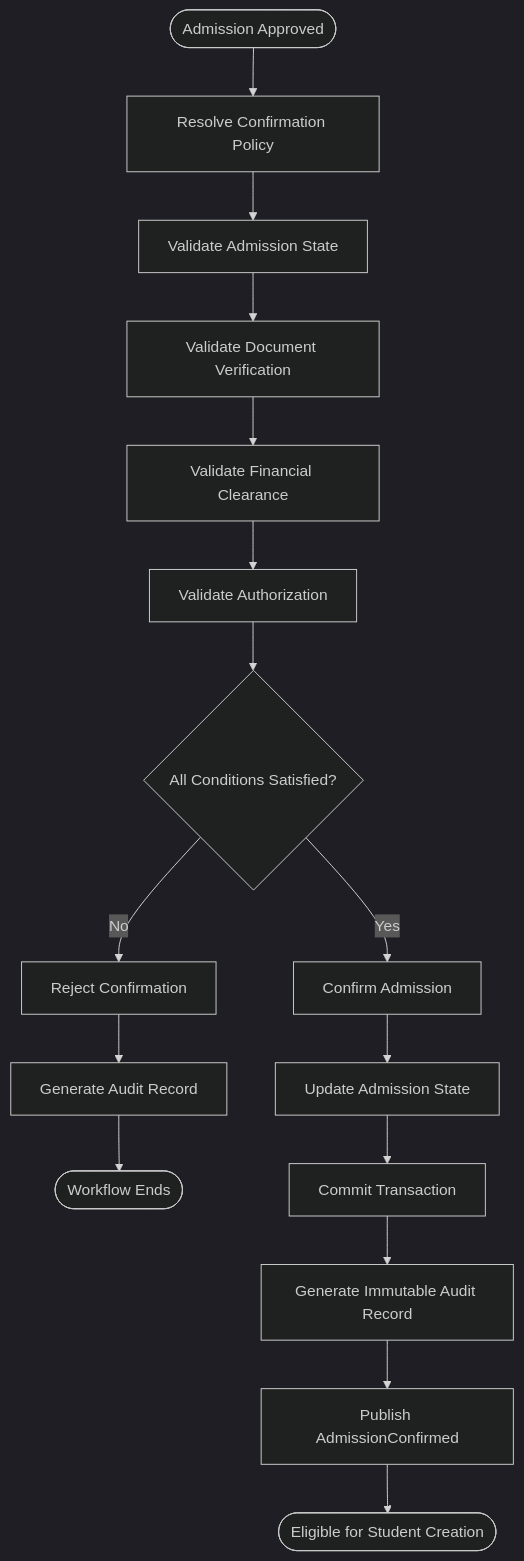
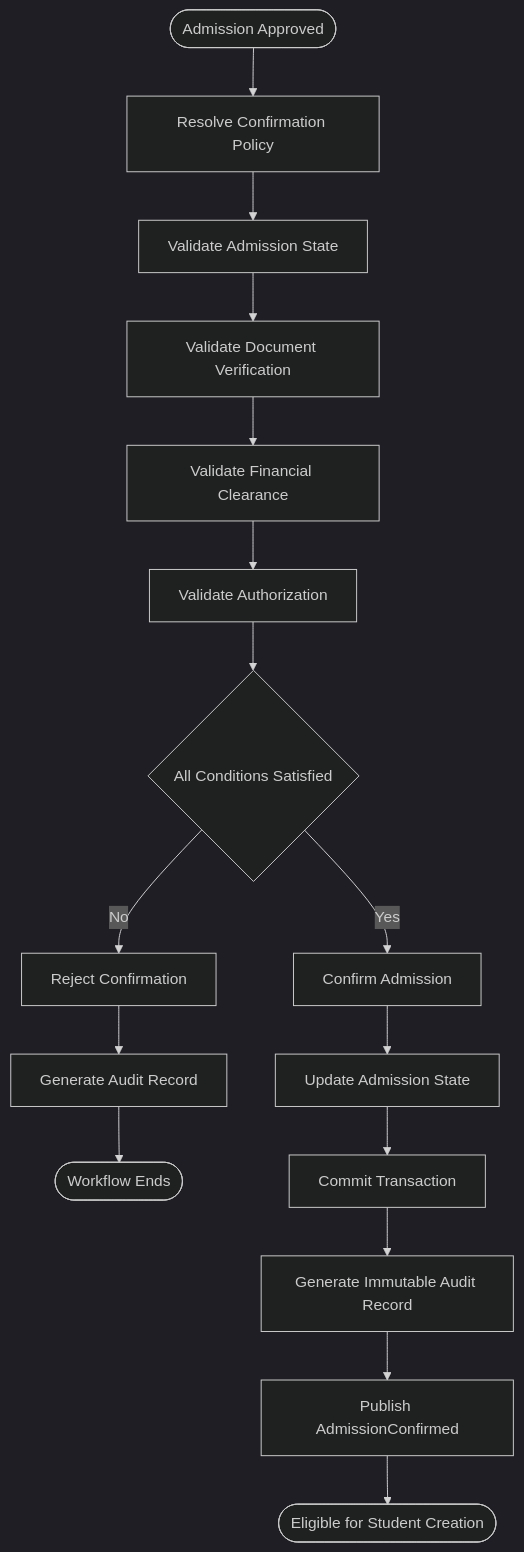
Diagram 16 of 24 in architecture/L2_Domain_Workflow_Architecture/section-c/L2-C01_Admissions_Workflows.md (Varad1604/ERP_hark), drawn with Mermaid (dark theme) before and after one commit. The commit also changed other lines of this file and 96 other files, not shown here.

````diff
--- a/architecture/L2_Domain_Workflow_Architecture/section-c/L2-C01_Admissions_Workflows.md
+++ b/architecture/L2_Domain_Workflow_Architecture/section-c/L2-C01_Admissions_Workflows.md
@@ -7978,47 +7978,47 @@
 ```mermaid
 flowchart TD
 
 %% ==========================================================
 %% Trigger
 %% ==========================================================
 
 A([Admission Approved])
 
 --> B[Resolve Confirmation Policy]
 
 --> C[Validate Admission State]
 
 --> D[Validate Document Verification]
 
 --> E[Validate Financial Clearance]
 
 --> F[Validate Authorization]
 
 %% ==========================================================
 %% Decision
 %% ==========================================================
 
-F --> G{All Conditions Satisfied?}
+F --> G{All Conditions Satisfied}
 
 G -- No --> H[Reject Confirmation]
 
 H --> I[Generate Audit Record]
 
 I --> J([Workflow Ends])
 
 %% ==========================================================
 %% Success Path
 %% ==========================================================
 
 G -- Yes --> K[Confirm Admission]
 
 K --> L[Update Admission State]
 
 L --> M[Commit Transaction]
 
 M --> N[Generate Immutable Audit Record]
 
 N --> O[Publish AdmissionConfirmed]
 
 O --> P([Eligible for Student Creation])
 ```
````
